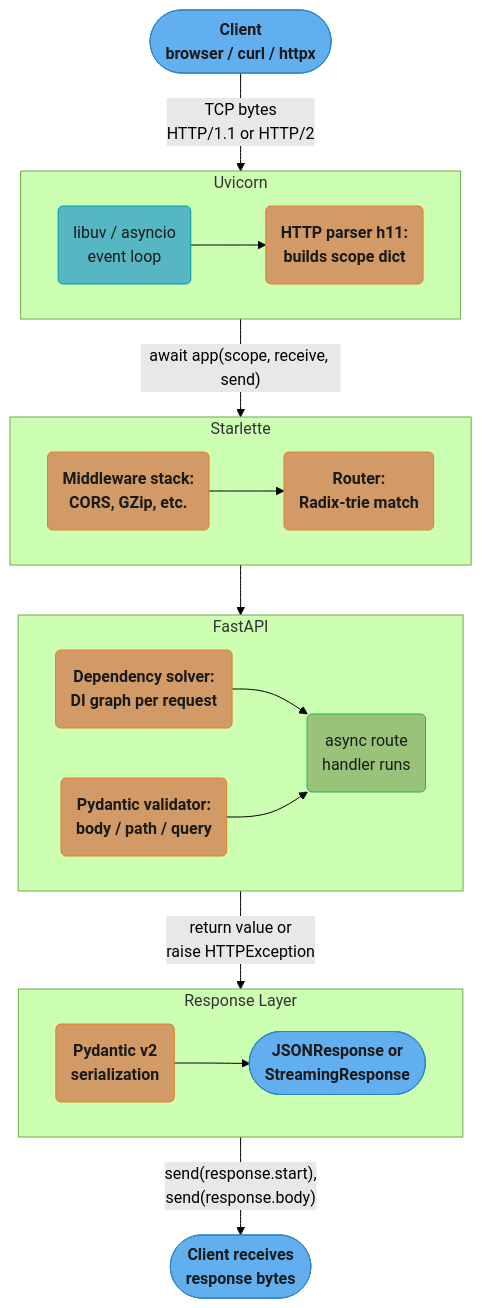
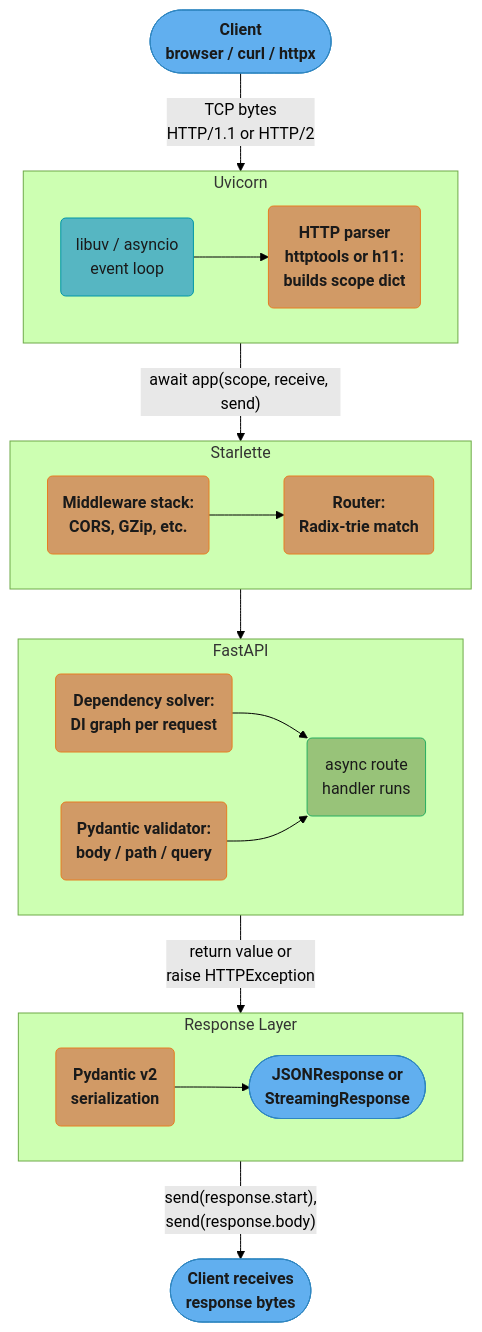
One commit to rppol/system-design changed the second of 6 diagrams in src/main/java/com/rutik/systemdesign/fastapi/fastapi_fundamentals_asgi/README.md. Above: the diagram before and after it, drawn with Mermaid (forest theme). The commit also changed other lines of this file and 3 other files, not shown here.

````diff
--- a/src/main/java/com/rutik/systemdesign/fastapi/fastapi_fundamentals_asgi/README.md
+++ b/src/main/java/com/rutik/systemdesign/fastapi/fastapi_fundamentals_asgi/README.md
@@ -151,51 +151,51 @@
 ```mermaid
 flowchart TD
     classDef io      fill:#61afef,stroke:#2e86c1,color:#1a1a1a,font-weight:bold
     classDef frozen  fill:#c678dd,stroke:#9b59b6,color:#fff
     classDef train   fill:#98c379,stroke:#27ae60,color:#1a1a1a
     classDef mathOp  fill:#d19a66,stroke:#e67e22,color:#1a1a1a,font-weight:bold
     classDef lossN   fill:#e06c75,stroke:#c0392b,color:#fff,font-weight:bold
     classDef req     fill:#56b6c2,stroke:#0097a7,color:#1a1a1a
     classDef base    fill:#e5c07b,stroke:#f39c12,color:#1a1a1a
 
     client(["Client<br/>browser / curl / httpx"])
 
     subgraph UV["Uvicorn"]
         loop("libuv / asyncio<br/>event loop")
-        parser("HTTP parser h11:<br/>builds scope dict")
+        parser("HTTP parser<br/>httptools or h11:<br/>builds scope dict")
         loop --> parser
     end
 
     subgraph ST["Starlette"]
         mw("Middleware stack:<br/>CORS, GZip, etc.")
         router("Router:<br/>Radix-trie match")
         mw --> router
     end
 
     subgraph FA["FastAPI"]
         dep("Dependency solver:<br/>DI graph per request")
         val("Pydantic validator:<br/>body / path / query")
         handler("async route<br/>handler runs")
         dep --> handler
         val --> handler
     end
 
     subgraph RS["Response Layer"]
         serialize("Pydantic v2<br/>serialization")
         respClass(["JSONResponse or<br/>StreamingResponse"])
         serialize --> respClass
     end
 
     clientDone(["Client receives<br/>response bytes"])
 
     client -->|"TCP bytes<br/>HTTP/1.1 or HTTP/2"| UV
     UV -->|"await app(scope, receive, send)"| ST
     ST --> FA
     FA -->|"return value or<br/>raise HTTPException"| RS
     RS -->|"send(response.start),<br/>send(response.body)"| clientDone
 
     class client,clientDone,respClass io
     class loop req
     class parser,mw,router,dep,val,serialize mathOp
     class handler train
 ```
````
